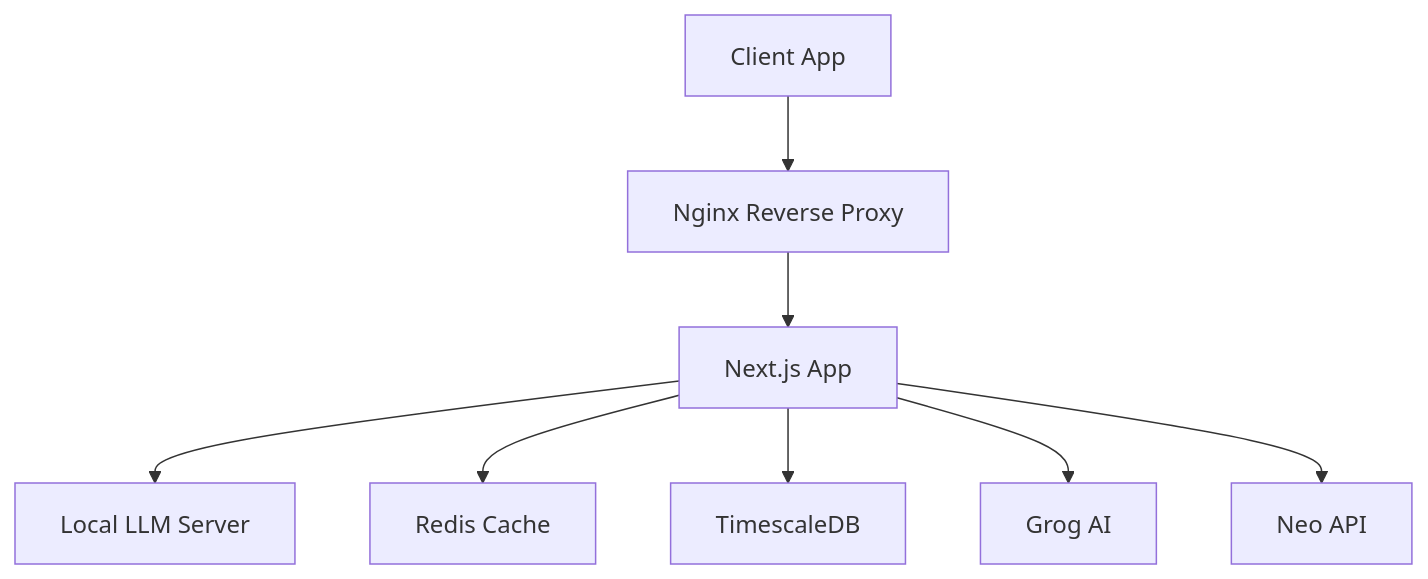
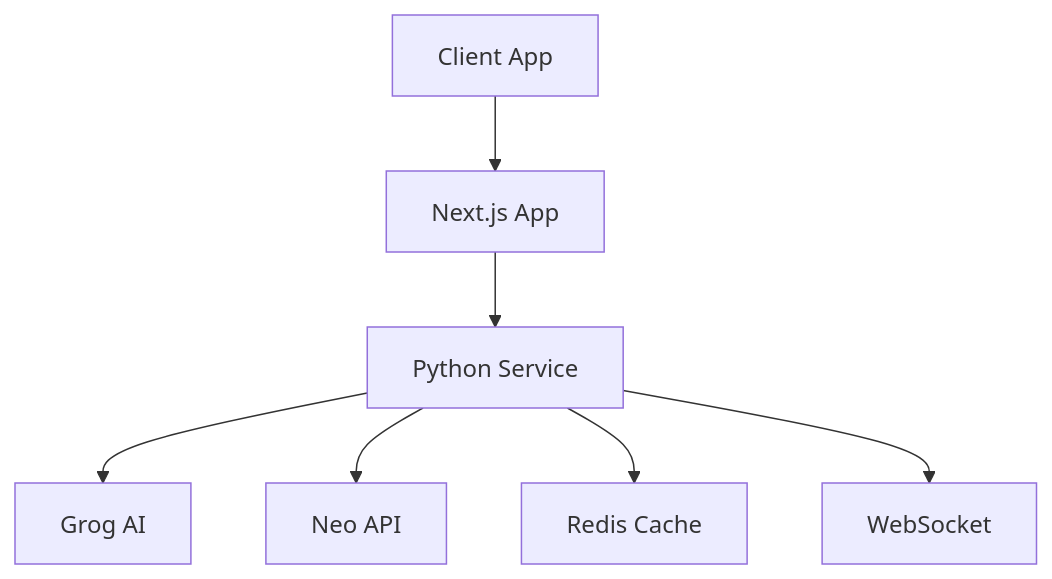
One commit to p0staltomsk/project9 changed the diagram in README.md. Above: the diagram before and after it, drawn with Mermaid. The commit also changed other lines of this file and 18 other files, not shown here.

Commit message:
unit tests for service passed and docker integration tests passed colab with fron client ok stable

````diff
--- a/README.md
+++ b/README.md
@@ -124,10 +75,9 @@
 ```mermaid
 graph TD
-    Client[Client App] --> Nginx[Nginx Reverse Proxy]
-    Nginx --> NextJS[Next.js App]
-    NextJS --> LocalLLM[Local LLM Server]
-    NextJS --> Redis[Redis Cache]
-    NextJS --> TimescaleDB[TimescaleDB]
-    NextJS --> GrogAPI[Grog AI]
-    NextJS --> NeoAPI[Neo API]
+    Client[Client App] --> NextJS[Next.js App]
+    NextJS --> SERVICE[Python Service]
+    SERVICE --> GrogAPI[Grog AI]
+    SERVICE --> NeoAPI[Neo API]
+    SERVICE --> Redis[Redis Cache]
+    SERVICE --> WebSocket[WebSocket]
 ```
````
